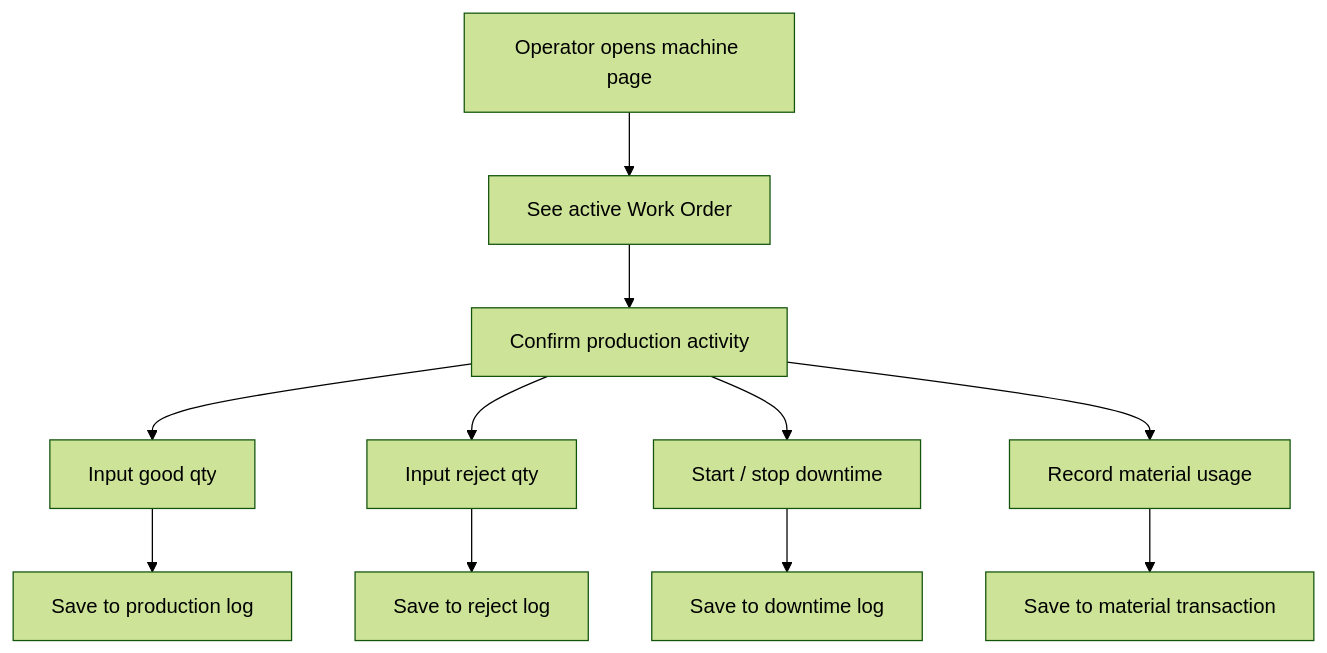
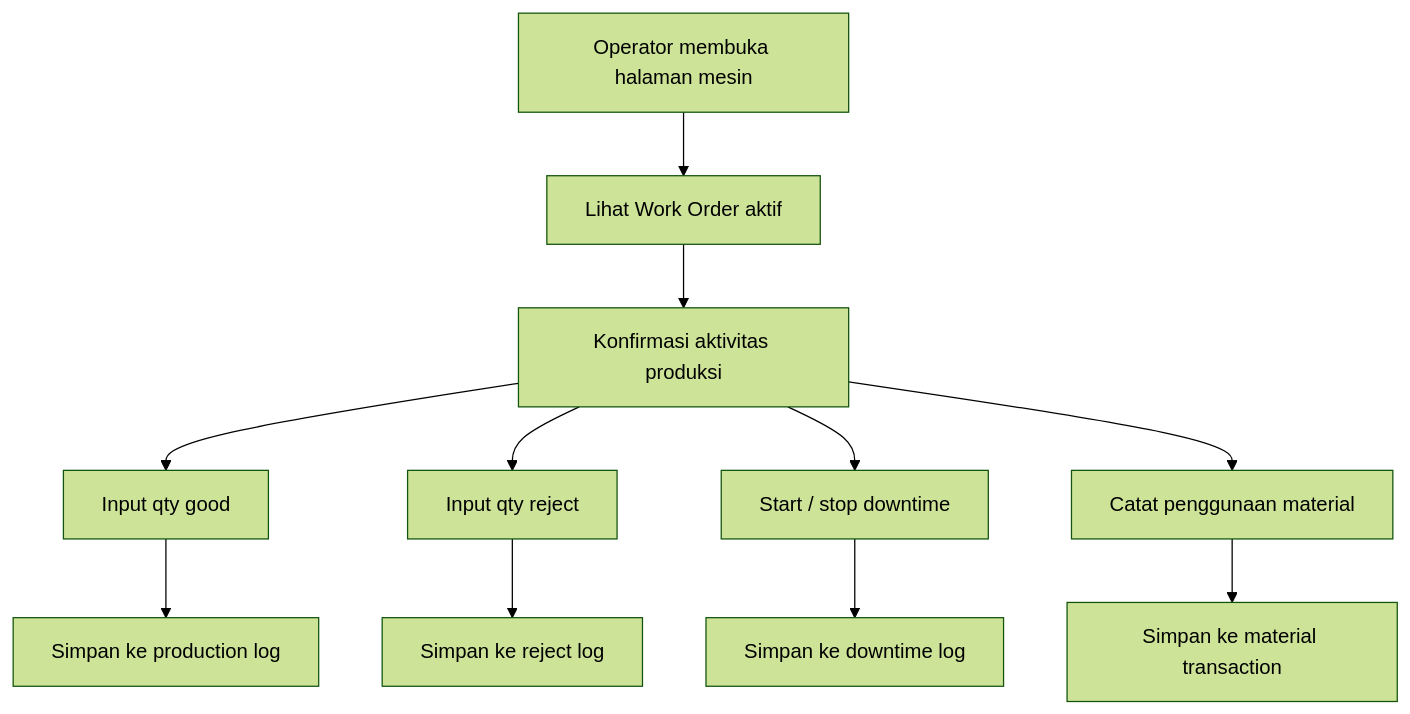
One commit to fachriramdhan/WORKORDER changed the fourth of 8 diagrams in README.md. Above: the diagram before and after it, drawn with Mermaid (forest theme). The commit also changed other lines of this file, not shown here.

````diff
--- a/README.md
+++ b/README.md
@@ -235,13 +235,13 @@
 ```mermaid
 flowchart TD
-    A[Operator opens machine page] --> B[See active Work Order]
-    B --> C[Confirm production activity]
-    C --> D[Input good qty]
-    C --> E[Input reject qty]
+    A[Operator membuka halaman mesin] --> B[Lihat Work Order aktif]
+    B --> C[Konfirmasi aktivitas produksi]
+    C --> D[Input qty good]
+    C --> E[Input qty reject]
     C --> F[Start / stop downtime]
-    C --> G[Record material usage]
-    D --> H[Save to production log]
-    E --> I[Save to reject log]
-    F --> J[Save to downtime log]
-    G --> K[Save to material transaction]
+    C --> G[Catat penggunaan material]
+    D --> H[Simpan ke production log]
+    E --> I[Simpan ke reject log]
+    F --> J[Simpan ke downtime log]
+    G --> K[Simpan ke material transaction]
 ```
````
